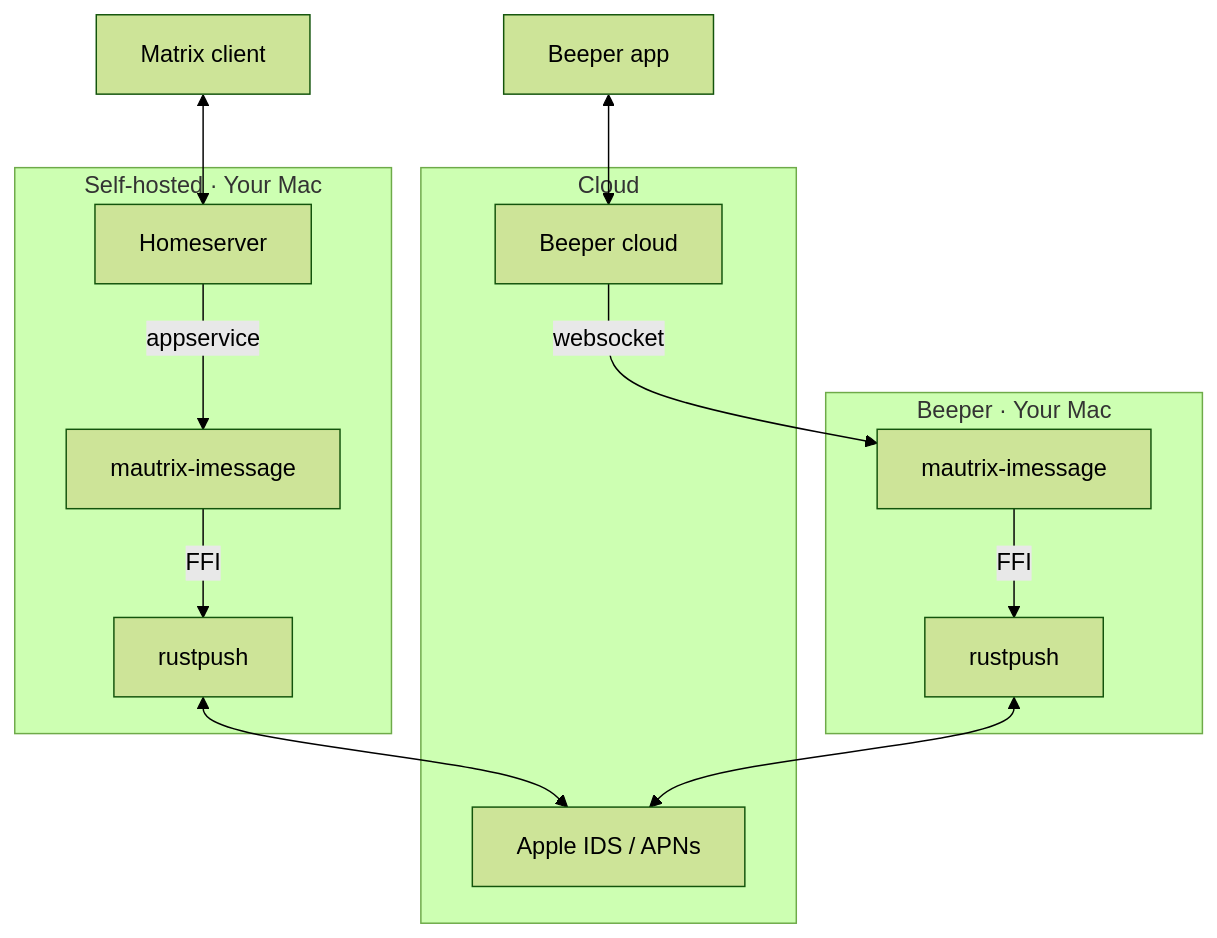
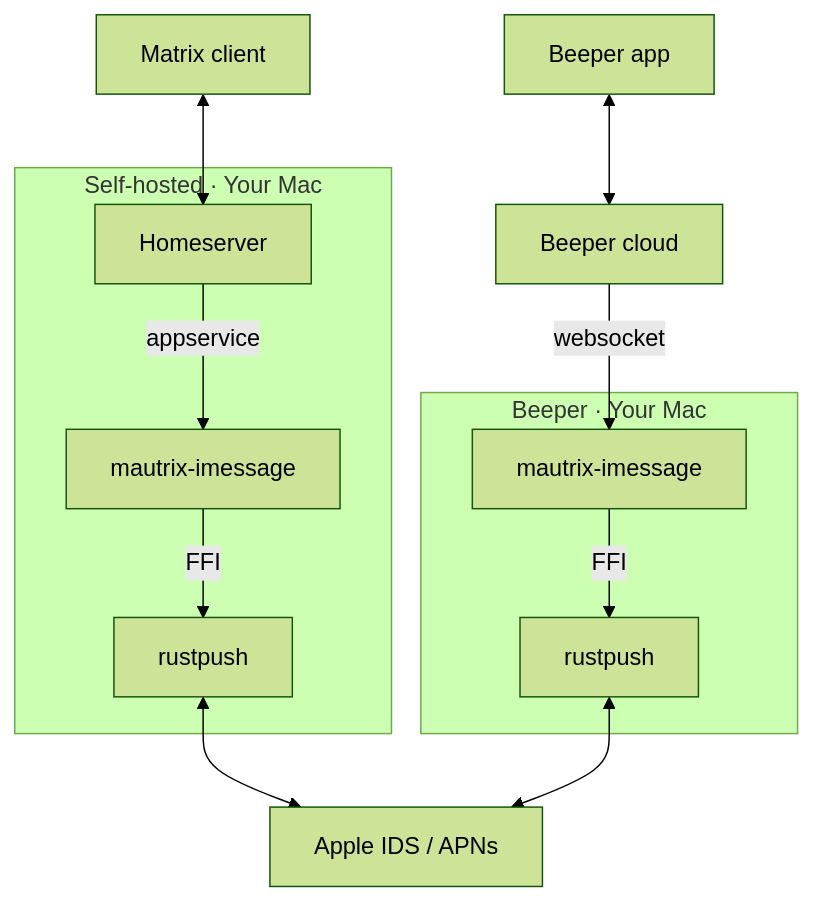
Before and after one commit to jasonlaguidice/imessage: the diagram in README.md, drawn with Mermaid (forest theme).

Commit message:
Remove cloud box, keep services as standalone nodes

````diff
--- a/README.md
+++ b/README.md
@@ -106,19 +106,15 @@
 ```mermaid
 flowchart TB
     subgraph sh[Self-hosted · Your Mac]
         HS[Homeserver] -- appservice --> Bridge1[mautrix-imessage]
         Bridge1 -- FFI --> RP1[rustpush]
     end
     subgraph bp[Beeper · Your Mac]
         Bridge2[mautrix-imessage] -- FFI --> RP2[rustpush]
     end
-    subgraph cloud[Cloud]
-        Beeper[Beeper cloud]
-        Apple[Apple IDS / APNs]
-    end
     Client1[Matrix client] <--> HS
-    Client2[Beeper app] <--> Beeper
+    Client2[Beeper app] <--> Beeper[Beeper cloud]
     Beeper -- websocket --> Bridge2
-    RP1 <--> Apple
+    RP1 <--> Apple[Apple IDS / APNs]
     RP2 <--> Apple
 ```
````
